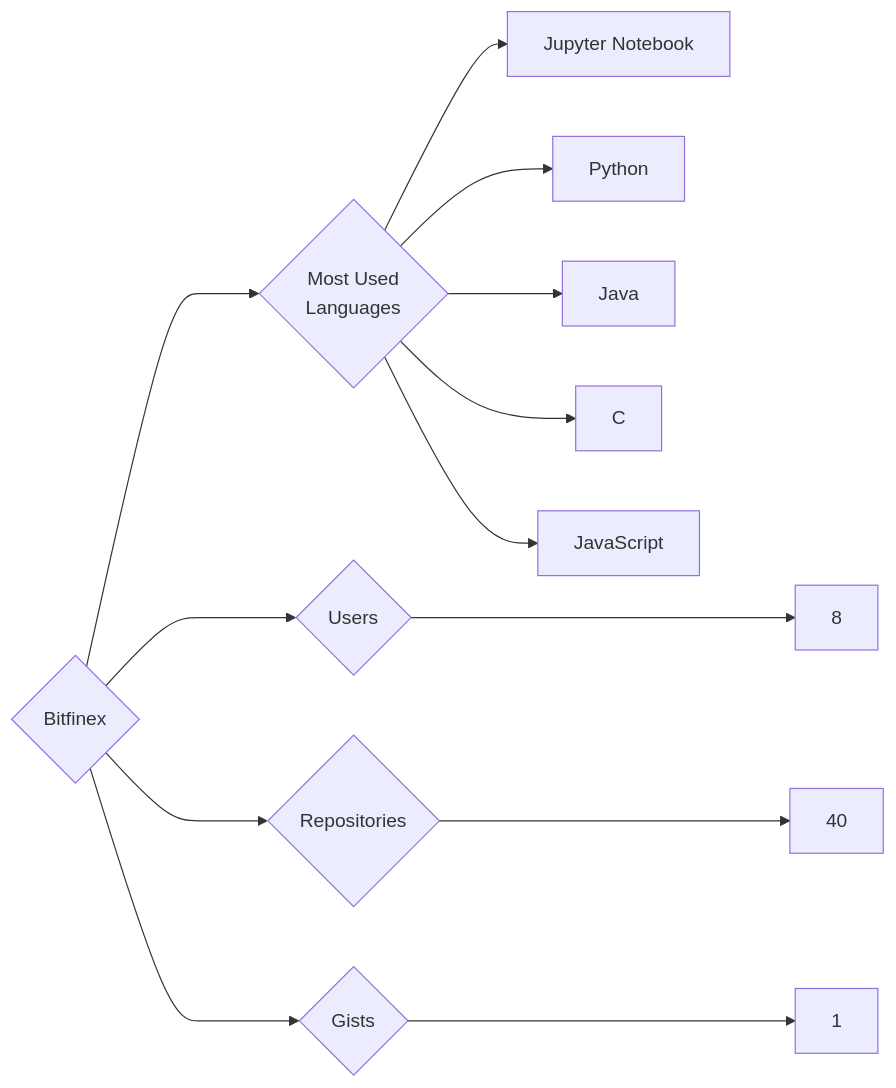
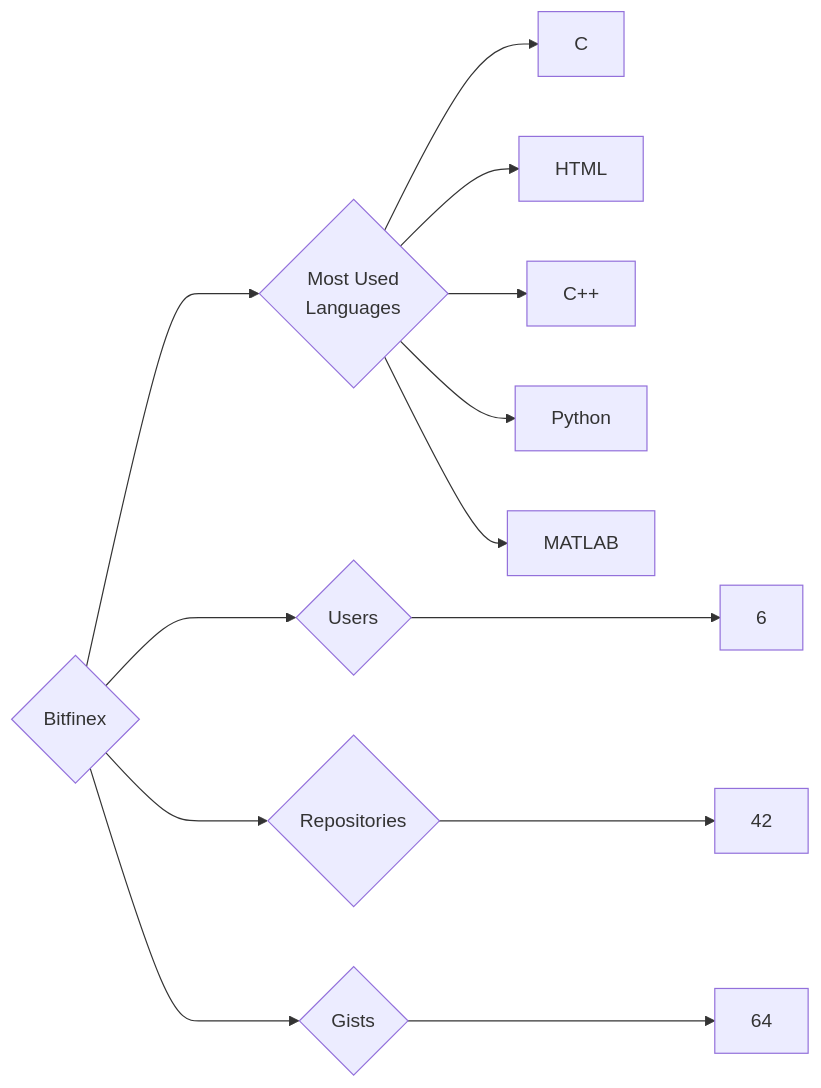
The diagram in targets/Bitfinex/README.md (trickest/insiders), drawn with Mermaid before and after one commit. The commit also changed 1212 other files, not shown here.

````diff
--- a/targets/Bitfinex/README.md
+++ b/targets/Bitfinex/README.md
@@ -3,13 +3,13 @@
 ```mermaid
 graph LR
 COMPANY_NAME{Bitfinex}
-COMPANY_NAME ---> U{Users} ---> UN[8]
-COMPANY_NAME ---> R{Repositories} ---> RN[40]
-COMPANY_NAME ---> G{Gists} ---> GN[1]
+COMPANY_NAME ---> U{Users} ---> UN[6]
+COMPANY_NAME ---> R{Repositories} ---> RN[42]
+COMPANY_NAME ---> G{Gists} ---> GN[64]
 COMPANY_NAME ---> ML{Most Used<br>Languages}
-ML --> Jupyter_Notebook[Jupyter Notebook]
+ML --> C[C]
+ML --> HTML[HTML]
+ML --> C++[C++]
 ML --> Python[Python]
-ML --> Java[Java]
-ML --> C[C]
-ML --> JavaScript[JavaScript]
+ML --> MATLAB[MATLAB]
 ```
````
